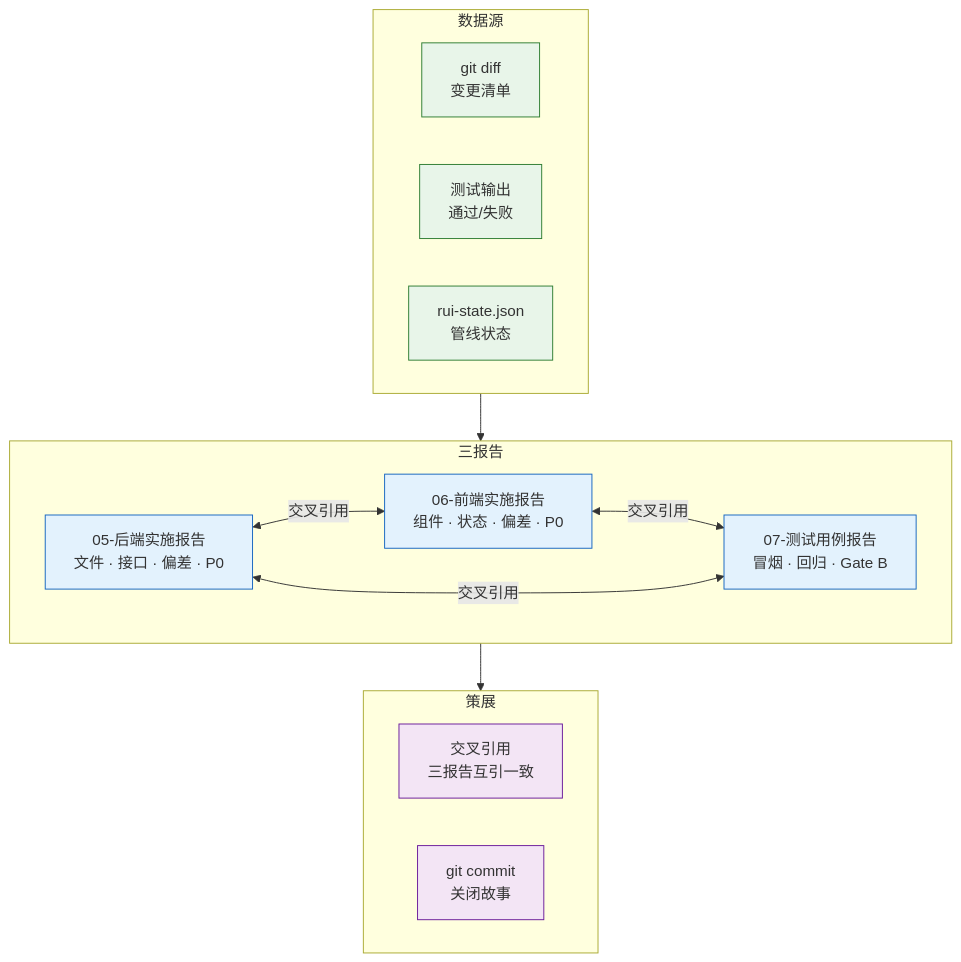
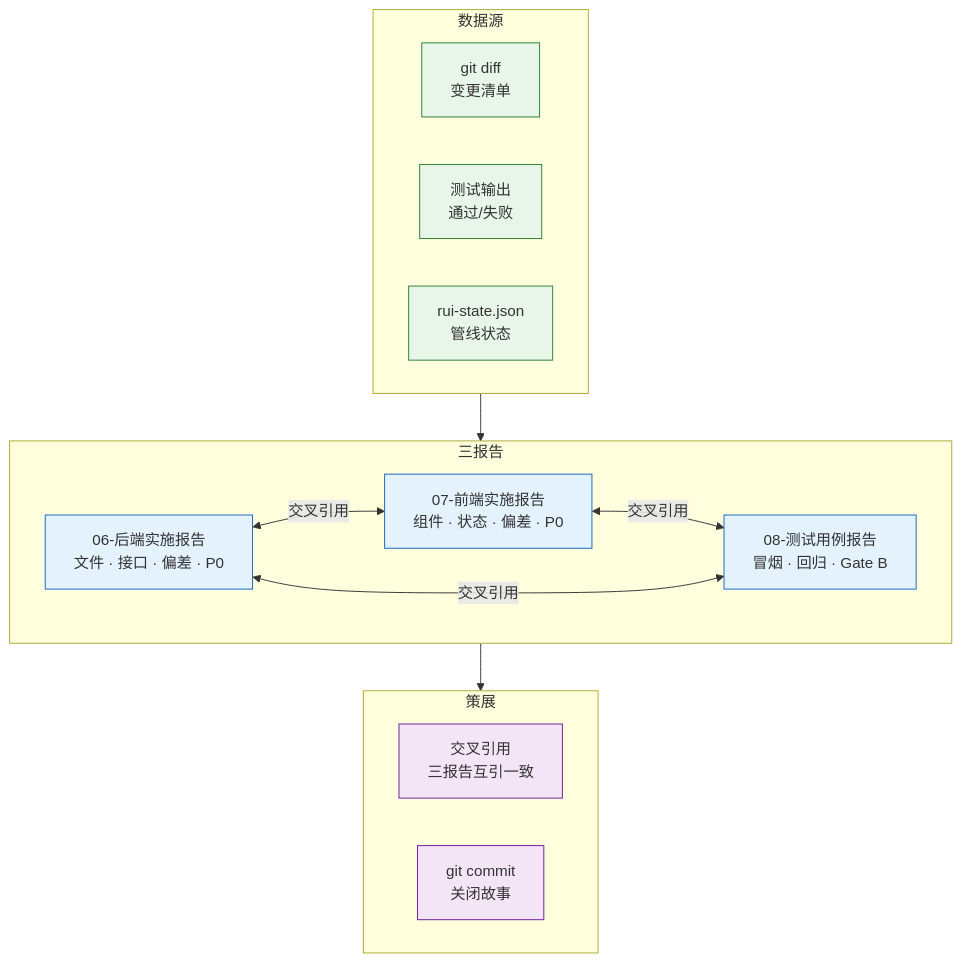
Before and after one commit to effiy/YrY: the first of 5 diagrams in agents/reporter.md, drawn with Mermaid. The commit also changed other lines of this file and 11 other files, not shown here.

````diff
--- a/agents/reporter.md
+++ b/agents/reporter.md
@@ -13,29 +13,29 @@
 ```mermaid
 flowchart TB
     subgraph 输入["数据源"]
         DIFF["git diff<br/>变更清单"]:::src
         LOG["测试输出<br/>通过/失败"]:::src
         STATE["rui-state.json<br/>管线状态"]:::src
     end
 
     subgraph 产出["三报告"]
-        B["05-后端实施报告<br/>文件 · 接口 · 偏差 · P0"]:::rpt
-        F["06-前端实施报告<br/>组件 · 状态 · 偏差 · P0"]:::rpt
-        T["07-测试用例报告<br/>冒烟 · 回归 · Gate B"]:::rpt
+        B["06-后端实施报告<br/>文件 · 接口 · 偏差 · P0"]:::rpt
+        F["07-前端实施报告<br/>组件 · 状态 · 偏差 · P0"]:::rpt
+        T["08-测试用例报告<br/>冒烟 · 回归 · Gate B"]:::rpt
     end
 
     subgraph 策展["策展"]
         CC["交叉引用<br/>三报告互引一致"]:::curate
         CM["git commit<br/>关闭故事"]:::curate
     end
 
     输入 --> 产出
     B <-->|交叉引用| F
     F <-->|交叉引用| T
     B <-->|交叉引用| T
     产出 --> 策展
 
     classDef src fill:#e8f5e9,stroke:#2e7d32;
     classDef rpt fill:#e3f2fd,stroke:#1565c0;
     classDef curate fill:#f3e5f5,stroke:#6a1b9a;
 ```
````
